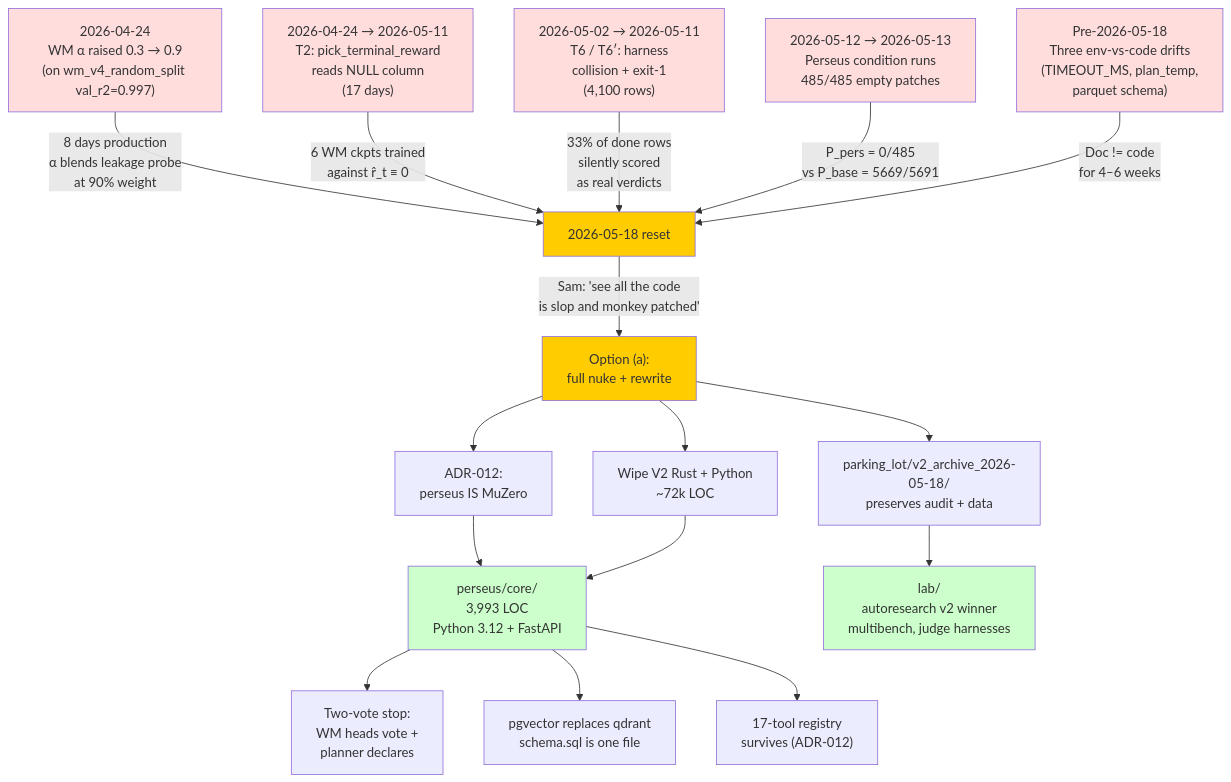
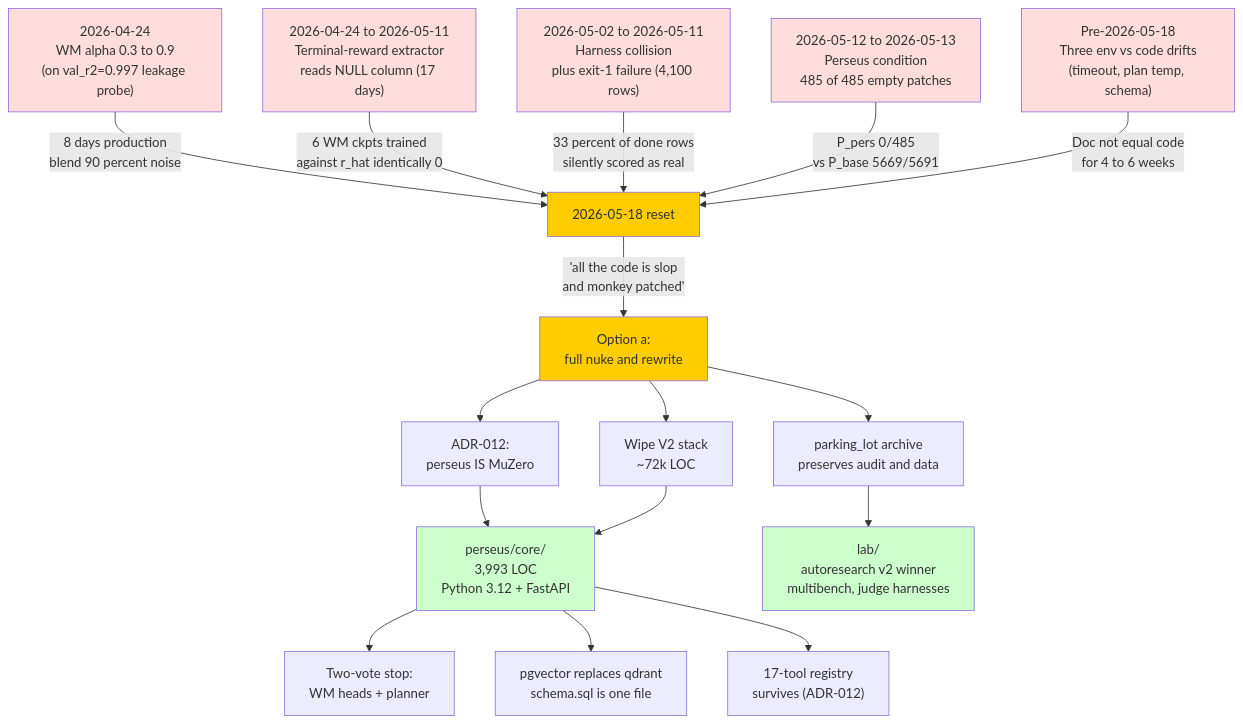
One commit to samrathchadha/perseusresearch changed the second of 4 diagrams in src/content/essays/the-reset.mdx. Above: the diagram before and after it, drawn with Mermaid. The commit also changed other lines of this file and 27 other files, not shown here.

First line of the commit message:
content: rewrite all 28 essays in LessWrong / research-paper style

````diff
--- a/src/content/essays/the-reset.mdx
+++ b/src/content/essays/the-reset.mdx
@@ -655,36 +80,28 @@
 ```mermaid
 flowchart TD
-    A["2026-04-24\nWM α raised 0.3 → 0.9\n(on wm_v4_random_split val_r2=0.997)"] -->|"8 days production\nα blends leakage probe\nat 90% weight"| F["2026-05-18 reset"]
-
-    B["2026-04-24 → 2026-05-11\nT2: pick_terminal_reward\nreads NULL column\n(17 days)"] -->|"6 WM ckpts trained\nagainst r̂_t ≡ 0"| F
-
-    C["2026-05-02 → 2026-05-11\nT6 / T6′: harness\ncollision + exit-1\n(4,100 rows)"] -->|"33% of done rows\nsilently scored\nas real verdicts"| F
-
-    D["2026-05-12 → 2026-05-13\nPerseus condition runs\n485/485 empty patches"] -->|"P_pers = 0/485\nvs P_base = 5669/5691"| F
-
-    E["Pre-2026-05-18\nThree env-vs-code drifts\n(TIMEOUT_MS, plan_temp,\nparquet schema)"] -->|"Doc != code\nfor 4–6 weeks"| F
-
-    F -->|"Sam: 'see all the code\nis slop and monkey patched'"| G["Option (a):\nfull nuke + rewrite"]
-
-    G --> H["ADR-012:\nperseus IS MuZero"]
-    G --> I["Wipe V2 Rust + Python\n~72k LOC"]
-    G --> J["parking_lot/v2_archive_2026-05-18/\npreserves audit + data"]
-
-    H --> K["perseus/core/\n3,993 LOC\nPython 3.12 + FastAPI"]
+    A["2026-04-24<br/>WM alpha 0.3 to 0.9<br/>(on val_r2=0.997 leakage probe)"] -->|"8 days production<br/>blend 90 percent noise"| F["2026-05-18 reset"]
+    B["2026-04-24 to 2026-05-11<br/>Terminal-reward extractor<br/>reads NULL column (17 days)"] -->|"6 WM ckpts trained<br/>against r_hat identically 0"| F
+    C["2026-05-02 to 2026-05-11<br/>Harness collision<br/>plus exit-1 failure (4,100 rows)"] -->|"33 percent of done rows<br/>silently scored as real"| F
+    D["2026-05-12 to 2026-05-13<br/>Perseus condition<br/>485 of 485 empty patches"] -->|"P_pers 0/485<br/>vs P_base 5669/5691"| F
+    E["Pre-2026-05-18<br/>Three env vs code drifts<br/>(timeout, plan temp, schema)"] -->|"Doc not equal code<br/>for 4 to 6 weeks"| F
+    F -->|"'all the code is slop<br/>and monkey patched'"| G["Option a:<br/>full nuke and rewrite"]
+    G --> H["ADR-012:<br/>perseus IS MuZero"]
+    G --> I["Wipe V2 stack<br/>~72k LOC"]
+    G --> J["parking_lot archive<br/>preserves audit and data"]
+    H --> K["perseus/core/<br/>3,993 LOC<br/>Python 3.12 + FastAPI"]
     I --> K
-    J --> L["lab/\nautoresearch v2 winner\nmultibench, judge harnesses"]
-
-    K --> M["Two-vote stop:\nWM heads vote +\nplanner declares"]
-    K --> N["pgvector replaces qdrant\nschema.sql is one file"]
-    K --> O["17-tool registry\nsurvives (ADR-012)"]
+    J --> L["lab/<br/>autoresearch v2 winner<br/>multibench, judge harnesses"]
+    K --> M["Two-vote stop:<br/>WM heads + planner"]
+    K --> N["pgvector replaces qdrant<br/>schema.sql is one file"]
+    K --> O["17-tool registry<br/>survives (ADR-012)"]
 
     style A fill:#fdd
     style B fill:#fdd
     style C fill:#fdd
     style D fill:#fdd
     style E fill:#fdd
     style F fill:#fc0
     style G fill:#fc0
     style K fill:#cfc
     style L fill:#cfc
 ```
````
